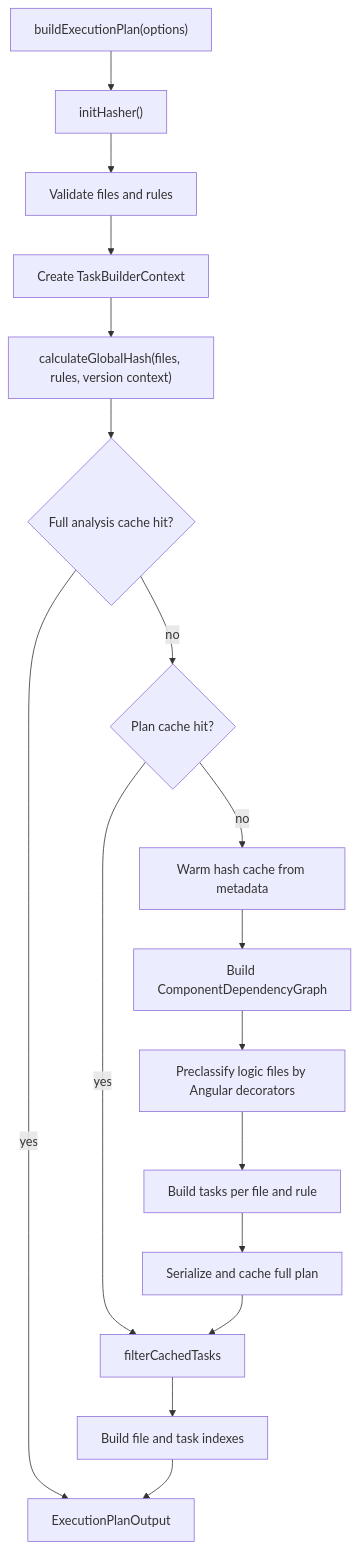
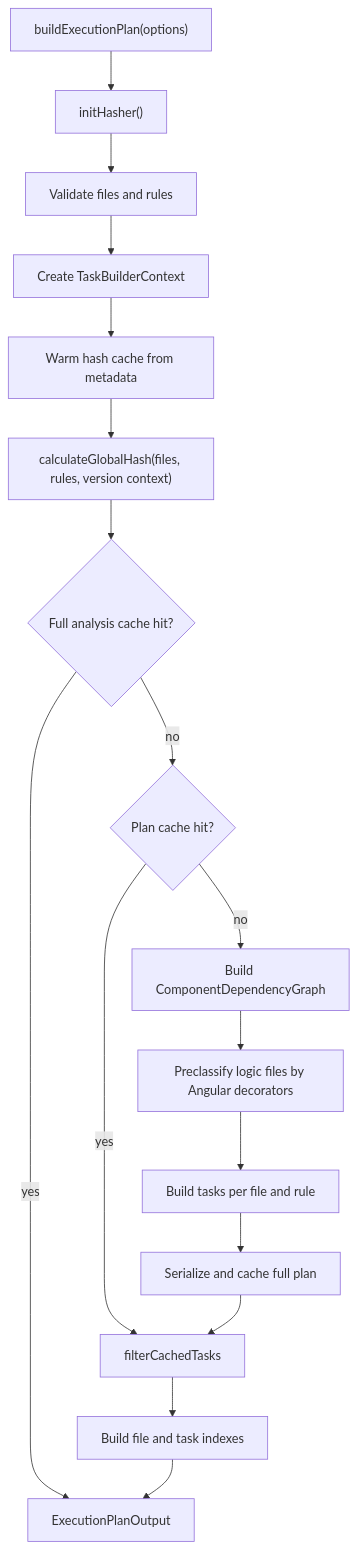
The eighth of 23 diagrams in docs/architecture.md (RoadmapDevelop/ngcompass), drawn with Mermaid before and after one commit. The commit also changed other lines of this file and 39 other files, not shown here.

````diff
--- a/docs/architecture.md
+++ b/docs/architecture.md
@@ -361,25 +365,25 @@
 ```mermaid
 flowchart TD
     Start["buildExecutionPlan(options)"]
     Hasher["initHasher()"]
     Validate["Validate files and rules"]
     Context["Create TaskBuilderContext"]
+    WarmMeta["Warm hash cache from metadata"]
     GlobalHash["calculateGlobalHash(files, rules, version context)"]
     AnalysisCache{"Full analysis cache hit?"}
     PlanCache{"Plan cache hit?"}
-    WarmMeta["Warm hash cache from metadata"]
     ComponentGraph["Build ComponentDependencyGraph"]
     Preclassify["Preclassify logic files by Angular decorators"]
     BuildTasks["Build tasks per file and rule"]
     SavePlan["Serialize and cache full plan"]
     ResultCache["filterCachedTasks"]
     Indexes["Build file and task indexes"]
     Output["ExecutionPlanOutput"]
 
-    Start --> Hasher --> Validate --> Context --> GlobalHash --> AnalysisCache
+    Start --> Hasher --> Validate --> Context --> WarmMeta --> GlobalHash --> AnalysisCache
     AnalysisCache -- yes --> Output
     AnalysisCache -- no --> PlanCache
     PlanCache -- yes --> ResultCache
-    PlanCache -- no --> WarmMeta --> ComponentGraph --> Preclassify --> BuildTasks --> SavePlan --> ResultCache
+    PlanCache -- no --> ComponentGraph --> Preclassify --> BuildTasks --> SavePlan --> ResultCache
     ResultCache --> Indexes --> Output
 ```
````
